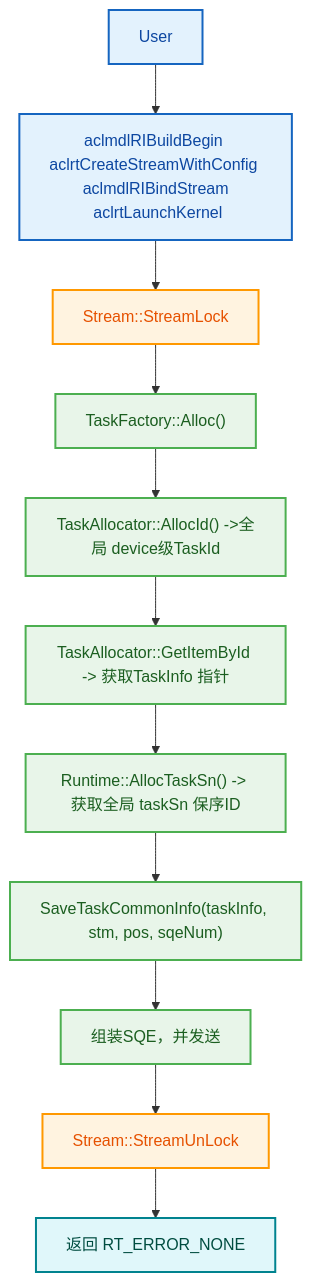
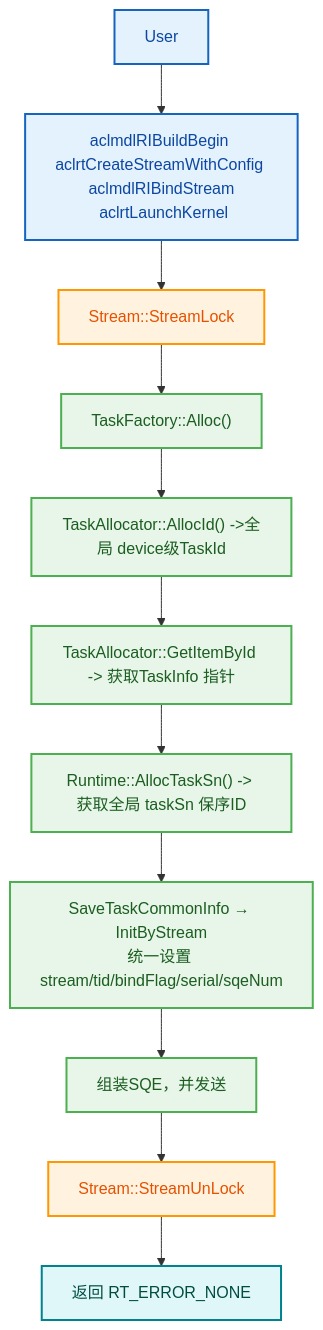
The fifth of 7 diagrams in docs/zh/design/modules/task/task.md (hicann/runtime), drawn with Mermaid before and after one commit. The commit also changed other lines of this file and 6 other files, not shown here.

````diff
--- a/docs/zh/design/modules/task/task.md
+++ b/docs/zh/design/modules/task/task.md
@@ -198,20 +197,20 @@
 ```mermaid
 
 flowchart TD
     classDef userStyle fill:#E3F2FD,stroke:#1565C0,stroke-width:2px,color:#0D47A1
     classDef lockStyle fill:#FFF3E0,stroke:#FF9800,stroke-width:2px,color:#E65100
     classDef allocStyle fill:#E8F5E9,stroke:#4CAF50,stroke-width:2px,color:#1B5E20
     classDef successStyle fill:#E0F7FA,stroke:#00838F,stroke-width:2px,color:#004D40
 
     A["User"]:::userStyle --> B["aclmdlRIBuildBegin <br/>aclrtCreateStreamWithConfig <br/> aclmdlRIBindStream <br/> aclrtLaunchKernel"]:::userStyle
     B --> F["Stream::StreamLock"]:::lockStyle
     F --> G["TaskFactory::Alloc()"]:::allocStyle
     G --> H["TaskAllocator::AllocId() ->全局 device级TaskId"]:::allocStyle
     H --> I["TaskAllocator::GetItemById -> 获取TaskInfo 指针"]:::allocStyle
     I --> L["Runtime::AllocTaskSn() -> 获取全局 taskSn 保序ID"]:::allocStyle
-    L --> M["SaveTaskCommonInfo(taskInfo, stm, pos, sqeNum)"]:::allocStyle
+    L --> M["SaveTaskCommonInfo → InitByStream<br/>统一设置 stream/tid/bindFlag/serial/sqeNum"]:::allocStyle
     M --> O["组装SQE，并发送"]:::allocStyle
     O --> P["Stream::StreamUnLock"]:::lockStyle
     P --> Q["返回 RT_ERROR_NONE"]:::successStyle
 
 ```
````
